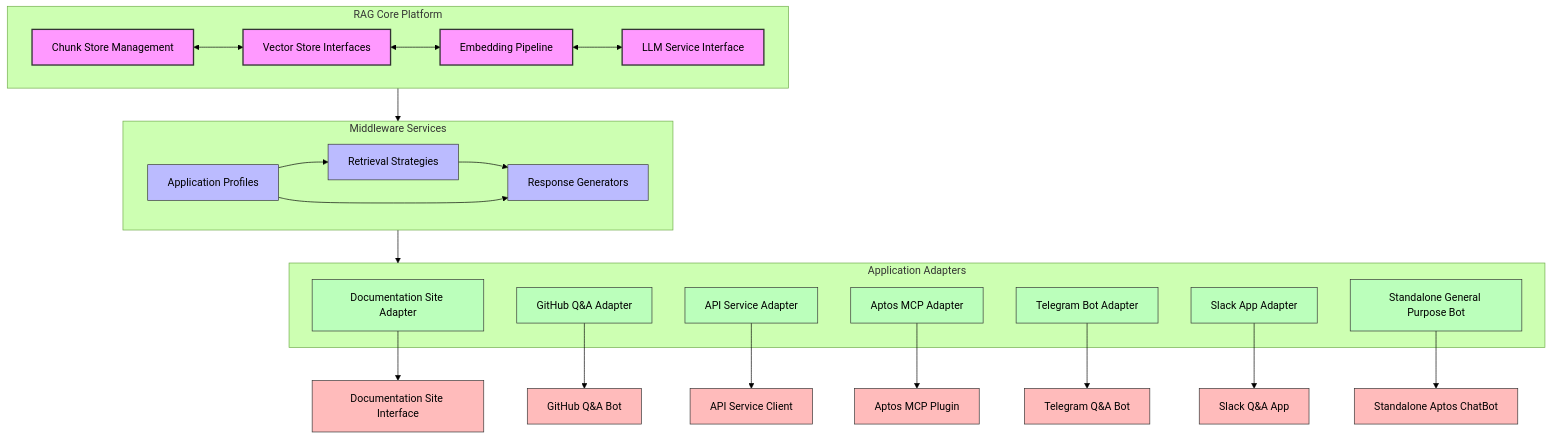
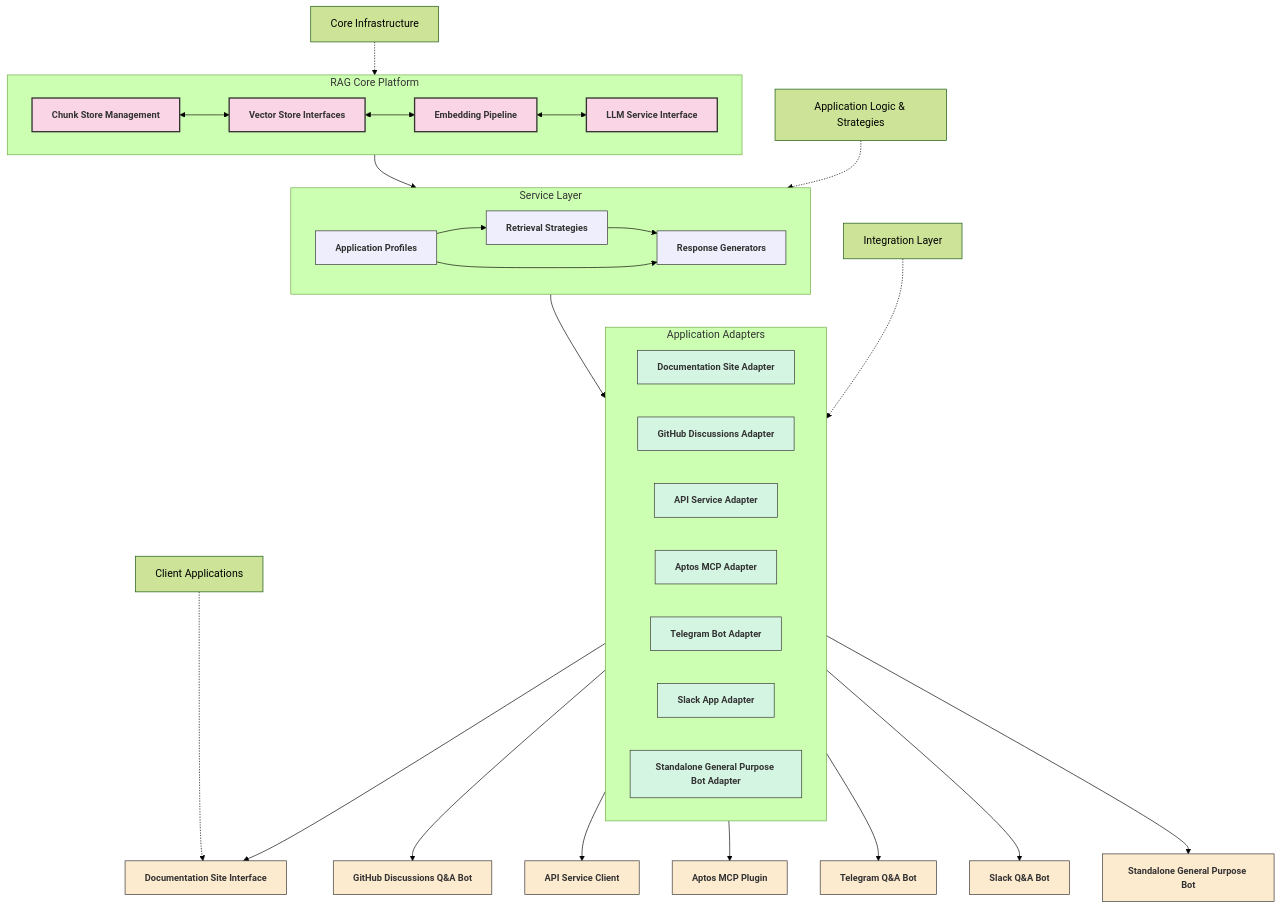
Before and after one commit to jillxuu/aptos-dev-intensified: the diagram in plan/multi_purpose_rag_system.md, drawn with Mermaid (forest theme). The commit also changed other lines of this file, not shown here.

Commit message:
changed the mermaid diagram

````diff
--- a/plan/multi_purpose_rag_system.md
+++ b/plan/multi_purpose_rag_system.md
@@ -55,63 +55,81 @@
 ```mermaid
 graph TD
+    %% Define styles for better readability
+    classDef coreComponent fill:#f9d5e5,stroke:#333,stroke-width:2px,color:#333,font-weight:bold,font-size:14px
+    classDef serviceLayer fill:#eeeefc,stroke:#333,stroke-width:1px,color:#333,font-weight:bold,font-size:14px
+    classDef adapter fill:#d5f5e3,stroke:#333,stroke-width:1px,color:#333,font-weight:bold,font-size:14px
+    classDef application fill:#fdebd0,stroke:#333,stroke-width:1px,color:#333,font-weight:bold,font-size:14px
+    
     %% Core Platform Layer
-    subgraph Core["RAG Core Platform"]
+    subgraph CorePlatform["RAG Core Platform"]
+        direction LR
         ChunkStore["Chunk Store Management"]
         VectorStore["Vector Store Interfaces"]
         Embedding["Embedding Pipeline"]
         LLMService["LLM Service Interface"]
         
         ChunkStore <--> VectorStore
         VectorStore <--> Embedding
         Embedding <--> LLMService
     end
     
-    %% Middleware Layer
-    subgraph Middleware["Middleware Services"]
+    %% Service Layer (instead of Middleware)
+    subgraph ServiceLayer["Service Layer"]
+        direction LR
         Profiles["Application Profiles"]
         Retrieval["Retrieval Strategies"]
         Response["Response Generators"]
         
         Profiles --> Retrieval
         Retrieval --> Response
         Profiles --> Response
     end
     
-    %% Connect Core to Middleware
-    Core --> Middleware
+    %% Connect Core to Service Layer
+    CorePlatform --> ServiceLayer
     
     %% Adapter Layer
-    subgraph Adapters["Application Adapters"]
+    subgraph ApplicationAdapters["Application Adapters"]
+        direction LR
         DevDocAdapter["Documentation Site Adapter"]
-        GitHubAdapter["GitHub Q&A Adapter"]
+        GitHubDiscussionsAdapter["GitHub Discussions Adapter"]
         APIAdapter["API Service Adapter"]
-        AptosAdapter["Aptos MCP Adapter"]
+        AptosMCPAdapter["Aptos MCP Adapter"]
         TelegramAdapter["Telegram Bot Adapter"]
         SlackAdapter["Slack App Adapter"]
-        StandaloneAdapter["Standalone General Purpose Bot"]
+        StandaloneAdapter["Standalone General Purpose Bot Adapter"]
     end
     
-    %% Connect Middleware to Adapters
-    Middleware --> Adapters
+    %% Connect Service Layer to Adapters
+    ServiceLayer --> ApplicationAdapters
+    
+    %% Applications Layer
+    DocSite["Documentation Site Interface"]
+    GitHub["GitHub Discussions Q&A Bot"]
+    API["API Service Client"]
+    AptosMCP["Aptos MCP Plugin"]
+    Telegram["Telegram Q&A Bot"]
+    Slack["Slack Q&A Bot"]
+    Standalone["Standalone General Purpose Bot"]
     
     %% Connect Adapters to Applications
-    DevDocAdapter --> DocSite["Documentation Site Interface"]
-    GitHubAdapter --> GitHub["GitHub Q&A Bot"]
-    APIAdapter --> API["API Service Client"]
-    AptosAdapter --> Aptos["Aptos MCP Plugin"]
-    TelegramAdapter --> Telegram["Telegram Q&A Bot"]
-    SlackAdapter --> Slack["Slack Q&A App"]
-    StandaloneAdapter --> Standalone["Standalone Aptos ChatBot"]
+    DevDocAdapter --> DocSite
+    GitHubDiscussionsAdapter --> GitHub
+    APIAdapter --> API
+    AptosMCPAdapter --> AptosMCP
+    TelegramAdapter --> Telegram
+    SlackAdapter --> Slack
+    StandaloneAdapter --> Standalone
     
-    %% Style Node Classes
-    classDef core fill:#f9f,stroke:#333,stroke-width:2px;
-    classDef middleware fill:#bbf,stroke:#333,stroke-width:1px;
-    classDef adapter fill:#bfb,stroke:#333,stroke-width:1px;
-    classDef application fill:#fbb,stroke:#333,stroke-width:1px;
+    %% Apply styles
+    class ChunkStore,VectorStore,Embedding,LLMService coreComponent
+    class Profiles,Retrieval,Response serviceLayer
+    class DevDocAdapter,GitHubDiscussionsAdapter,APIAdapter,AptosMCPAdapter,TelegramAdapter,SlackAdapter,StandaloneAdapter adapter
+    class DocSite,GitHub,API,AptosMCP,Telegram,Slack,Standalone application
     
-    %% Apply Styles
-    class ChunkStore,VectorStore,Embedding,LLMService core;
-    class Profiles,Retrieval,Response middleware;
-    class DevDocAdapter,GitHubAdapter,APIAdapter,AptosAdapter,TelegramAdapter,SlackAdapter,StandaloneAdapter adapter;
-    class DocSite,GitHub,API,Aptos,Telegram,Slack,Standalone application;
+    %% Add labels for clarity
+    CoreLabel["Core Infrastructure"] -.-> CorePlatform
+    ServiceLabel["Application Logic & Strategies"] -.-> ServiceLayer
+    AdapterLabel["Integration Layer"] -.-> ApplicationAdapters
+    AppLabel["Client Applications"] -.-> DocSite
 ```
````
